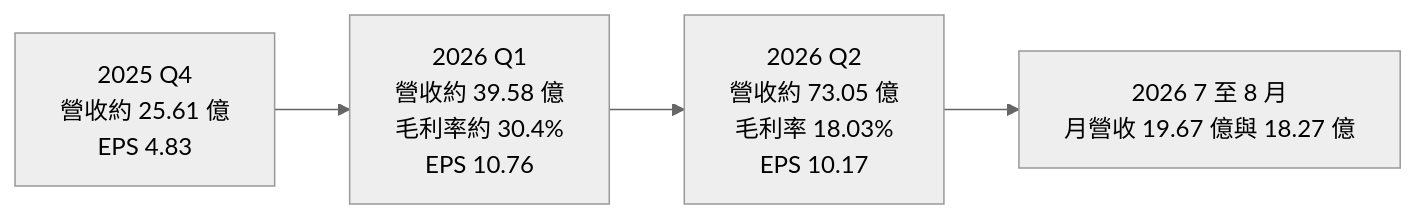
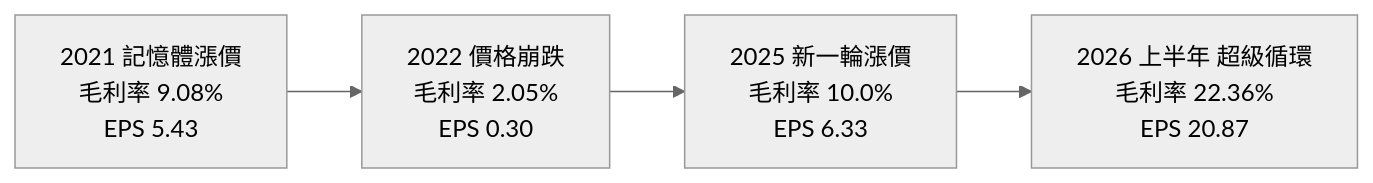
One commit to wangnick1004/taiwan-stock-vault changed the third of 4 diagrams in 個股/台股/3135凌航.md. Above: the diagram before and after it, drawn with Mermaid (neutral theme). The commit also changed other lines of this file and 142 other files, not shown here.

````diff
--- a/個股/台股/3135凌航.md
+++ b/個股/台股/3135凌航.md
@@ -136,4 +137,4 @@
 ```mermaid
 flowchart LR
-    Q4["2025 Q4<br/>營收約 25.61 億<br/>EPS 4.83"] --> Q1["2026 Q1<br/>營收約 39.58 億<br/>毛利率約 30.4%<br/>EPS 10.76"] --> Q2["2026 Q2<br/>營收約 73.05 億<br/>毛利率 18.03%<br/>EPS 10.17"] --> Q3["2026 7 至 8 月<br/>月營收 19.67 億與 18.27 億"]
+    Y21["2021 記憶體漲價<br/>毛利率 9.08%<br/>EPS 5.43"] --> Y22["2022 價格崩跌<br/>毛利率 2.05%<br/>EPS 0.30"] --> Y25["2025 新一輪漲價<br/>毛利率 10.0%<br/>EPS 6.33"] --> H26["2026 上半年 超級循環<br/>毛利率 22.36%<br/>EPS 20.87"]
 ```
````
